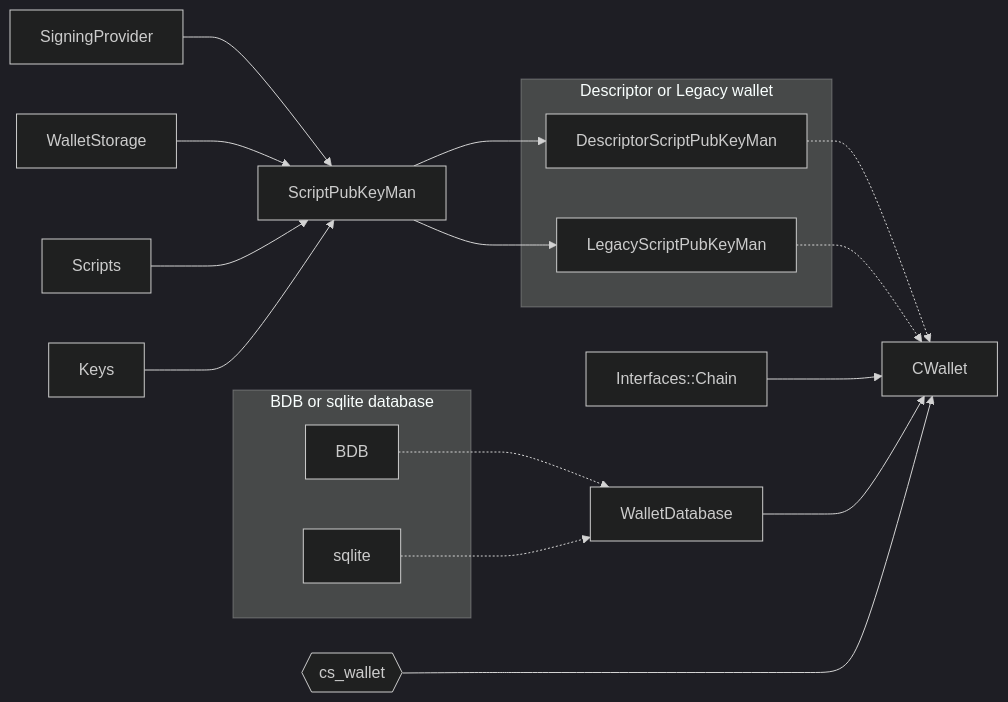
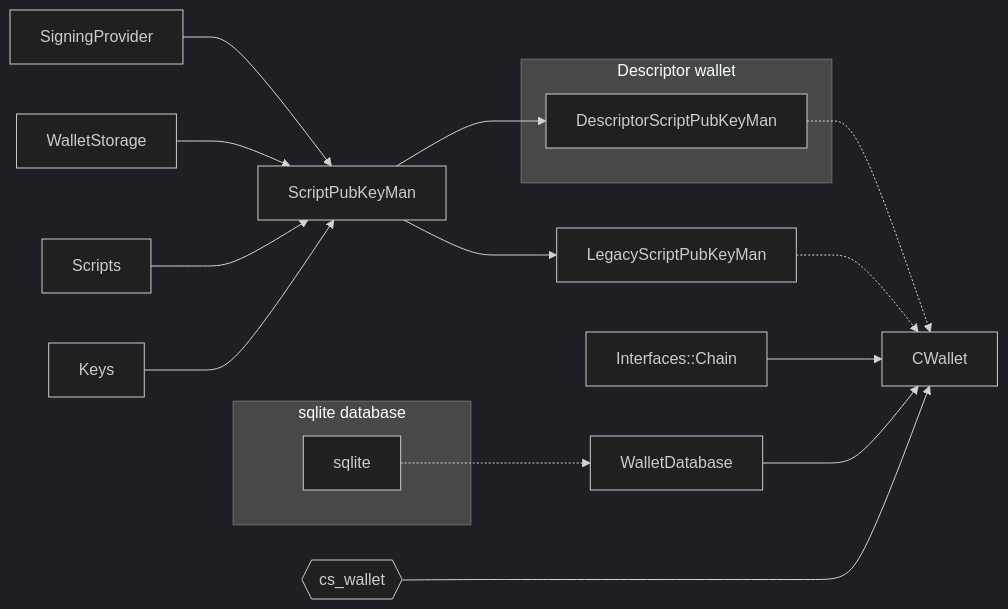
The third of 3 diagrams in components-overview.adoc (chaincodelabs/onboarding-to-bitcoin-core), drawn with Mermaid (dark theme) before and after one commit. The commit also changed other lines of this file, not shown here.

Commit message:
remove BDB and Legacy wallet mentions from graph

```diff
--- a/components-overview.adoc
+++ b/components-overview.adoc
@@ -108,27 +107,24 @@
 [mermaid, target=bitcoin-wallet-overview]
 ....
 flowchart LR
     ScriptPubKeyMan --> DescriptorScriptPubKeyMan
     ScriptPubKeyMan --> LegacyScriptPubKeyMan
-    subgraph Descriptor or Legacy wallet
+    subgraph Descriptor wallet
     DescriptorScriptPubKeyMan
-    LegacyScriptPubKeyMan
     end
     DescriptorScriptPubKeyMan -.-> CWallet
     LegacyScriptPubKeyMan -.-> CWallet
     Interfaces::Chain --> CWallet
     WalletDatabase --> CWallet
     cs_wallet{{cs_wallet}} ---> CWallet
 
-    subgraph BDB or sqlite database
-    BDB
+    subgraph sqlite database
     sqlite
     end
-    BDB -.-> WalletDatabase
     sqlite -.-> WalletDatabase
 
     SigningProvider --> ScriptPubKeyMan
     WalletStorage --> ScriptPubKeyMan
     Scripts --> ScriptPubKeyMan
     Keys --> ScriptPubKeyMan
 ....
```
